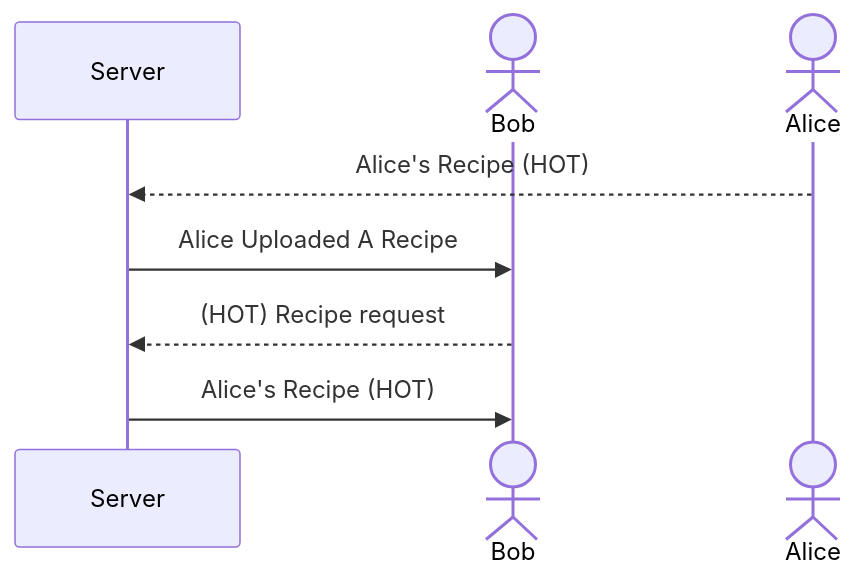
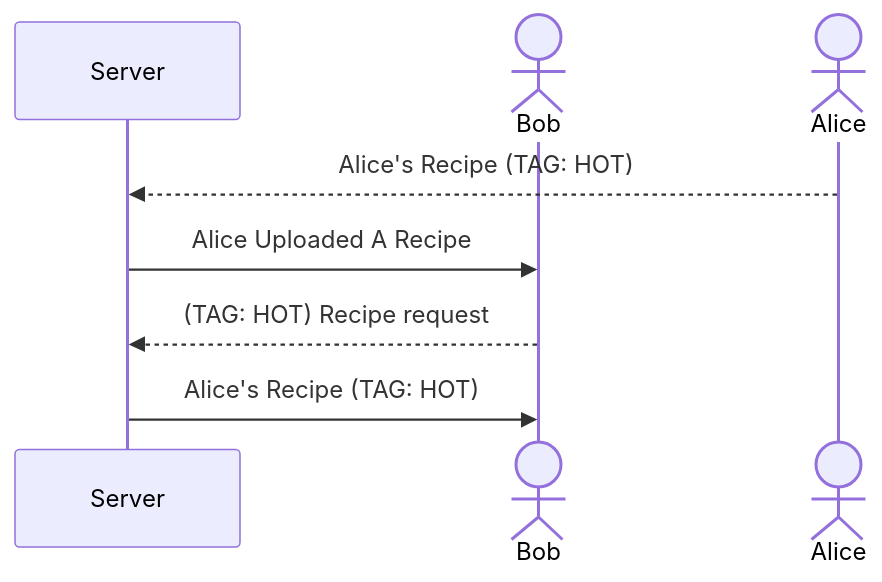
The diagram in README.md (esenecal/startup), drawn with Mermaid before and after one commit. The commit also changed other lines of this file, not shown here.

````diff
--- a/README.md
+++ b/README.md
@@ -28,10 +30,10 @@
 ```mermaid
 sequenceDiagram
     participant Server
     Actor Bob
     actor Alice
-    Alice-->>Server: Alice's Recipe (HOT)
+    Alice-->>Server: Alice's Recipe (TAG: HOT)
     Server->>Bob: Alice Uploaded A Recipe
-    Bob-->>Server: (HOT) Recipe request
-    Server->>Bob: Alice's Recipe (HOT)
+    Bob-->>Server: (TAG: HOT) Recipe request
+    Server->>Bob: Alice's Recipe (TAG: HOT)
 ```
````
